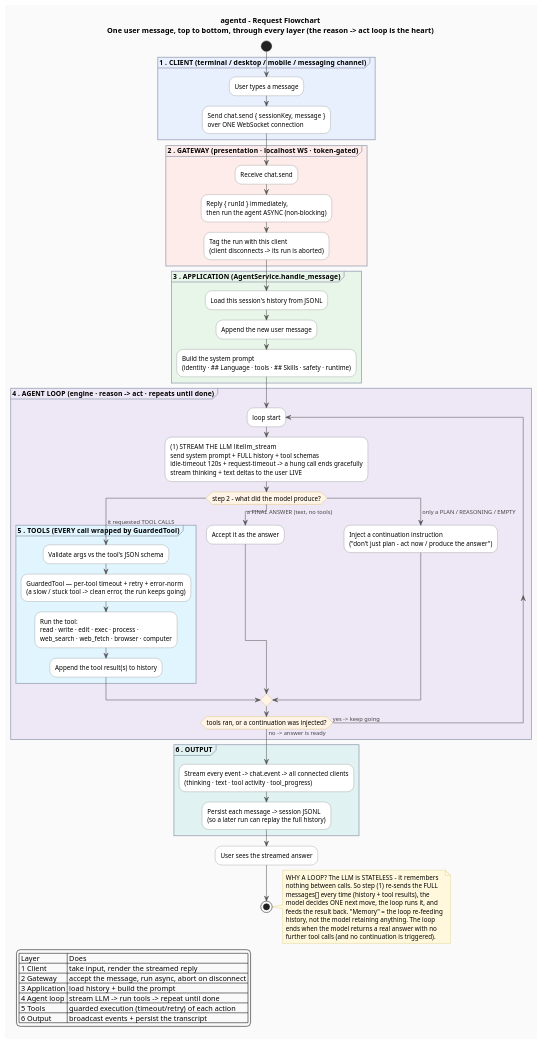
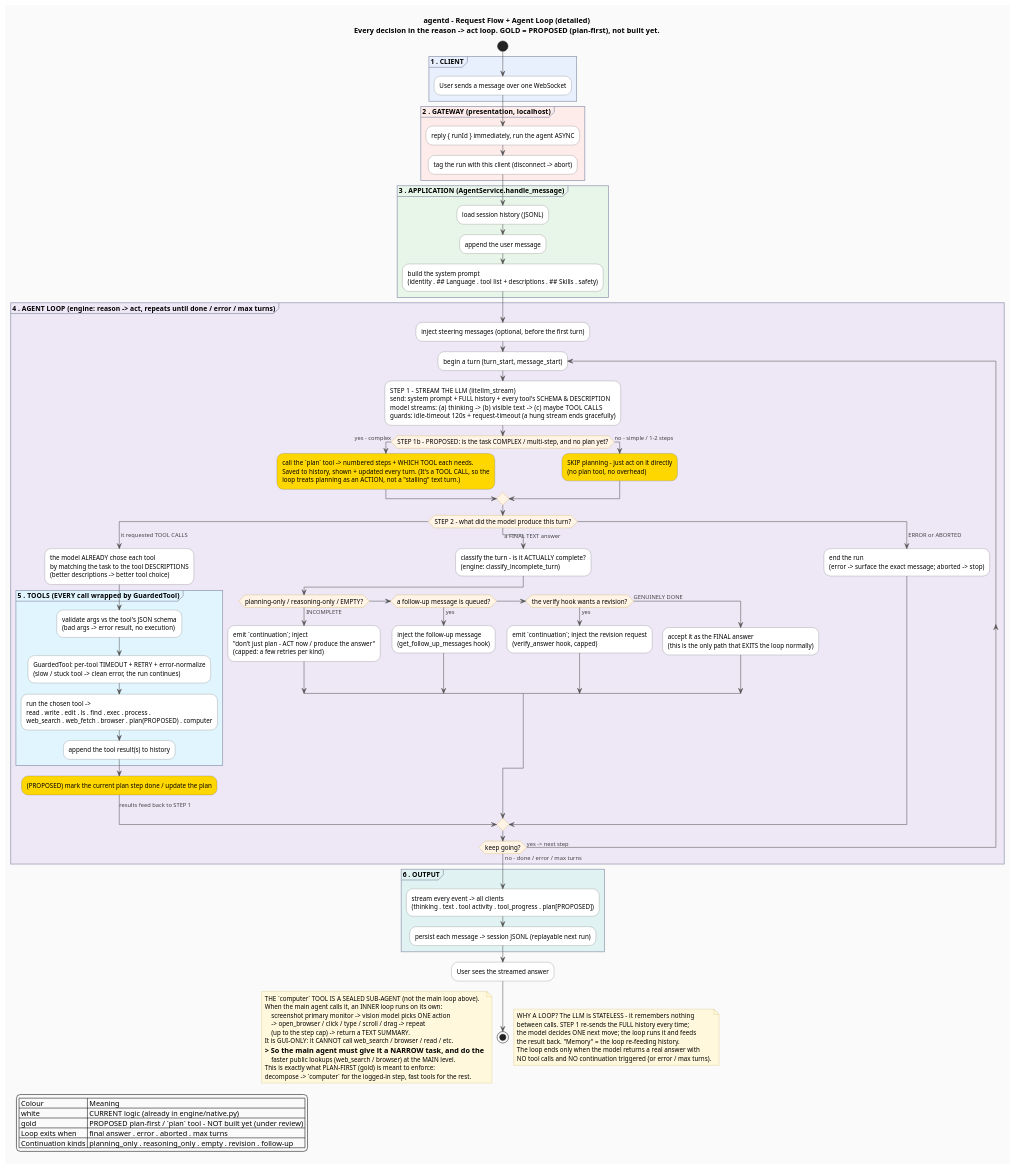
Before and after one commit to SaptarshiMazumder/pc-agent: the diagram in v2/planning/platform/app-architecture/request-flowchart.puml, drawn with PlantUML. The commit also changed 13 other files, not shown here.

Commit message:
Added single monitor snap to computer tool

```diff
--- a/v2/planning/platform/app-architecture/request-flowchart.puml
+++ b/v2/planning/platform/app-architecture/request-flowchart.puml
@@ -1,96 +1,133 @@
 @startuml request-flowchart
 ' ============================================================================
-'  agentd - Request Flowchart: one user message, end to end, top to bottom.
-'  A plain vertical flowchart (not a sequence diagram) showing every layer and
-'  the reason -> act loop. Render (from this folder):
+'  agentd - Request Flow + DETAILED Agent Loop (one user message, top to bottom).
+'  Shows every decision in the reason->act loop, the incomplete-turn handling,
+'  tool selection, and the sealed `computer` sub-loop.
+'  GOLD steps = PROPOSED (plan-first), not built yet — for review before we add it.
+'  Render (from this folder):
 '    java -jar ../../../plantuml.jar -tpng request-flowchart.puml
 ' ============================================================================
 
 skinparam backgroundColor #FAFAFA
 skinparam shadowing false
 skinparam defaultFontName "Segoe UI"
 skinparam defaultFontSize 12
 skinparam ArrowColor #555555
 skinparam ArrowFontColor #444444
 skinparam ArrowFontSize 11
 skinparam ActivityBorderColor #6A6A6A
 skinparam ActivityBackgroundColor #FFFFFF
 skinparam ActivityDiamondBackgroundColor #FFF4E5
 skinparam ActivityDiamondBorderColor #C9A227
 skinparam NoteBackgroundColor #FFF8DC
 skinparam NoteBorderColor #C9B458
 skinparam partitionBorderColor #9AA0B5
 skinparam partitionFontStyle bold
 skinparam partitionFontSize 13
 
-title agentd - Request Flowchart\nOne user message, top to bottom, through every layer (the reason -> act loop is the heart)
+title agentd - Request Flow + Agent Loop (detailed)\nEvery decision in the reason -> act loop.  GOLD = PROPOSED (plan-first), not built yet.
 
 start
 
-partition "1 . CLIENT   (terminal / desktop / mobile / messaging channel)" #E8F0FE {
-  :User types a message;
-  :Send  chat.send { sessionKey, message }\nover ONE WebSocket connection;
+partition "1 . CLIENT" #E8F0FE {
+  :User sends a message over one WebSocket;
 }
 
-partition "2 . GATEWAY   (presentation · localhost WS · token-gated)" #FDECEA {
-  :Receive chat.send;
-  :Reply { runId } immediately,\nthen run the agent ASYNC (non-blocking);
-  :Tag the run with this client\n(client disconnects -> its run is aborted);
+partition "2 . GATEWAY  (presentation, localhost)" #FDECEA {
+  :reply { runId } immediately, run the agent ASYNC;
+  :tag the run with this client (disconnect -> abort);
 }
 
-partition "3 . APPLICATION   (AgentService.handle_message)" #E8F5E9 {
-  :Load this session's history from JSONL;
-  :Append the new user message;
-  :Build the system prompt\n(identity · ## Language · tools · ## Skills · safety · runtime);
+partition "3 . APPLICATION  (AgentService.handle_message)" #E8F5E9 {
+  :load session history (JSONL);
+  :append the user message;
+  :build the system prompt\n(identity . ## Language . tool list + descriptions . ## Skills . safety);
 }
 
-partition "4 . AGENT LOOP   (engine · reason -> act · repeats until done)" #EDE7F6 {
-  repeat :loop start;
-    :(1) STREAM THE LLM   litellm_stream\nsend system prompt + FULL history + tool schemas\nidle-timeout 120s + request-timeout -> a hung call ends gracefully\nstream thinking + text deltas to the user LIVE;
+partition "4 . AGENT LOOP   (engine: reason -> act, repeats until done / error / max turns)" #EDE7F6 {
 
-    switch (step 2 - what did the model produce?)
+  :inject steering messages (optional, before the first turn);
+
+  repeat :begin a turn   (turn_start, message_start);
+
+    :STEP 1 - STREAM THE LLM   (litellm_stream)\nsend: system prompt + FULL history + every tool's SCHEMA & DESCRIPTION\nmodel streams:  (a) thinking  ->  (b) visible text  ->  (c) maybe TOOL CALLS\nguards: idle-timeout 120s + request-timeout  (a hung stream ends gracefully);
+
+    'STEP 1b - PLAN-FIRST (PROPOSED, not built): GATED on complexity, NOT always.
+    if (STEP 1b - PROPOSED: is the task COMPLEX / multi-step, and no plan yet?) then (yes - complex)
+      #Gold:call the `plan` tool -> numbered steps + WHICH TOOL each needs.\nSaved to history, shown + updated every turn. (It's a TOOL CALL, so the\nloop treats planning as an ACTION, not a "stalling" text turn.);
+    else (no - simple / 1-2 steps)
+      #Gold:SKIP planning - just act on it directly\n(no plan tool, no overhead);
+    endif
+
+    switch (STEP 2 - what did the model produce this turn?)
+
     case ( it requested TOOL CALLS )
+      :the model ALREADY chose each tool\nby matching the task to the tool DESCRIPTIONS\n(better descriptions -> better tool choice);
       partition "5 . TOOLS   (EVERY call wrapped by GuardedTool)" #E1F5FE {
-        :Validate args vs the tool's JSON schema;
-        :GuardedTool — per-tool timeout + retry + error-norm\n(a slow / stuck tool -> clean error, the run keeps going);
-        :Run the tool:\nread · write · edit · exec · process ·\nweb_search · web_fetch · browser · computer;
-        :Append the tool result(s) to history;
+        :validate args vs the tool's JSON schema\n(bad args -> error result, no execution);
+        :GuardedTool: per-tool TIMEOUT + RETRY + error-normalize\n(slow / stuck tool -> clean error, the run continues);
+        :run the chosen tool ->\nread . write . edit . ls . find . exec . process .\nweb_search . web_fetch . browser . plan(PROPOSED) . computer;
+        :append the tool result(s) to history;
       }
-    case ( a FINAL ANSWER (text, no tools) )
-      :Accept it as the answer;
-    case ( only a PLAN / REASONING / EMPTY )
-      :Inject a continuation instruction\n("don't just plan - act now / produce the answer");
+      #Gold:(PROPOSED) mark the current plan step done / update the plan;
+      ->results feed back to STEP 1;
+
+    case ( a FINAL TEXT answer )
+      :classify the turn - is it ACTUALLY complete?\n(engine: classify_incomplete_turn);
+      if (planning-only / reasoning-only / EMPTY?) then (INCOMPLETE)
+        :emit `continuation`; inject\n"don't just plan - ACT now / produce the answer"\n(capped: a few retries per kind);
+      elseif (a follow-up message is queued?) then (yes)
+        :inject the follow-up message\n(get_follow_up_messages hook);
+      elseif (the verify hook wants a revision?) then (yes)
+        :emit `continuation`; inject the revision request\n(verify_answer hook, capped);
+      else (GENUINELY DONE)
+        :accept it as the FINAL answer\n(this is the only path that EXITS the loop normally);
+      endif
+
+    case ( ERROR or ABORTED )
+      :end the run\n(error -> surface the exact message;  aborted -> stop);
+
     endswitch
-  repeat while (tools ran, or a continuation was injected?) is (yes -> keep going) not (no -> answer is ready)
+
+  repeat while (keep going?) is (yes -> next step) not (no - done / error / max turns);
 }
 
 partition "6 . OUTPUT" #E0F2F1 {
-  :Stream every event -> chat.event -> all connected clients\n(thinking · text · tool activity · tool_progress);
-  :Persist each message -> session JSONL\n(so a later run can replay the full history);
+  :stream every event -> all clients\n(thinking . text . tool activity . tool_progress . plan[PROPOSED]);
+  :persist each message -> session JSONL (replayable next run);
 }
 
 :User sees the streamed answer;
 stop
 
 note right
-  WHY A LOOP?  The LLM is STATELESS - it remembers
-  nothing between calls. So step (1) re-sends the FULL
-  messages[] every time (history + tool results), the
-  model decides ONE next move, the loop runs it, and
-  feeds the result back. "Memory" = the loop re-feeding
-  history, not the model retaining anything. The loop
-  ends when the model returns a real answer with no
-  further tool calls (and no continuation is triggered).
+  WHY A LOOP?  The LLM is STATELESS - it remembers nothing
+  between calls. STEP 1 re-sends the FULL history every time;
+  the model decides ONE next move; the loop runs it and feeds
+  the result back. "Memory" = the loop re-feeding history.
+  The loop ends only when the model returns a real answer with
+  NO tool calls and NO continuation triggered (or error / max turns).
+end note
+
+note left
+  THE `computer` TOOL IS A SEALED SUB-AGENT (not the main loop above).
+  When the main agent calls it, an INNER loop runs on its own:
+      screenshot primary monitor -> vision model picks ONE action
+      -> open_browser / click / type / scroll / drag -> repeat
+      (up to the step cap) -> return a TEXT SUMMARY.
+  It is GUI-ONLY: it CANNOT call web_search / browser / read / etc.
+  ==> So the main agent must give it a NARROW task, and do the
+      faster public lookups (web_search / browser) at the MAIN level.
+  This is exactly what PLAN-FIRST (gold) is meant to enforce:
+  decompose -> `computer` for the logged-in step, fast tools for the rest.
 end note
 
 legend left
-  | Layer | Does |
-  | 1 Client | take input, render the streamed reply |
-  | 2 Gateway | accept the message, run async, abort on disconnect |
-  | 3 Application | load history + build the prompt |
-  | 4 Agent loop | stream LLM -> run tools -> repeat until done |
-  | 5 Tools | guarded execution (timeout/retry) of each action |
-  | 6 Output | broadcast events + persist the transcript |
+  | Colour | Meaning |
+  | white | CURRENT logic (already in engine/native.py) |
+  | gold | PROPOSED plan-first / `plan` tool - NOT built yet (under review) |
+  | Loop exits when | final answer . error . aborted . max turns |
+  | Continuation kinds | planning_only . reasoning_only . empty . revision . follow-up |
 endlegend
 
 @enduml
```
